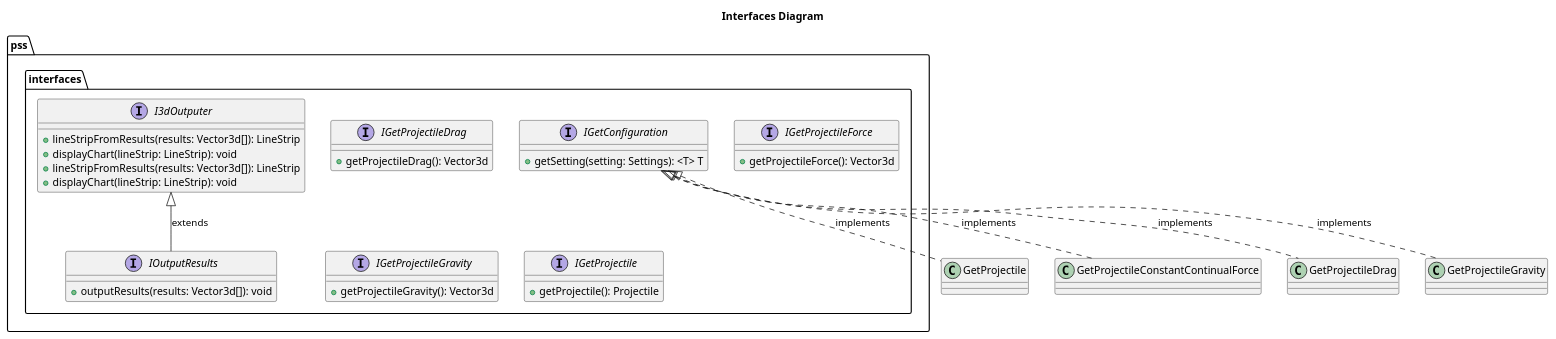
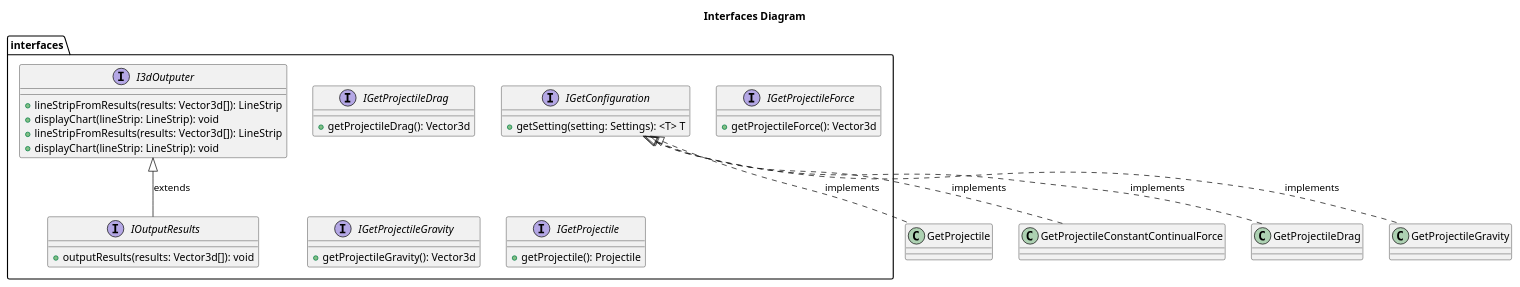
One commit to katanallama/projectile-simulation-suite changed the first of 8 diagrams in docs/res/design.org. Above: the diagram before and after it, drawn with PlantUML. The commit also changed other lines of this file and 5 other files, not shown here.

Commit message:
clean up class diagrams

```diff
--- a/docs/res/design.org
+++ b/docs/res/design.org
@@ -23,48 +23,48 @@
 #+begin_src plantuml :file interfaces.png
 @startuml
 title Interfaces Diagram
 
-package pss.interfaces {
+package interfaces {
     interface "I3dOutputer" as I3dOutputer {
         +lineStripFromResults(results: Vector3d[]): LineStrip
         +displayChart(lineStrip: LineStrip): void
     }
 
     interface "IGetConfiguration" as IGetConfiguration {
         +getSetting(setting: Settings): <T> T
     }
 
     interface "IGetProjectileDrag" as IGetProjectileDrag {
         +getProjectileDrag(): Vector3d
     }
 
     interface "IGetProjectileForce" as IGetProjectileForce {
         +getProjectileForce(): Vector3d
     }
 
     interface "IGetProjectileGravity" as IGetProjectileGravity {
         +getProjectileGravity(): Vector3d
     }
 
     interface "IGetProjectile" as IGetProjectile {
         +getProjectile(): Projectile
     }
 
     interface "IOutputResults" as IOutputResults {
         +outputResults(results: Vector3d[]): void
     }
 
     interface "I3dOutputer" as I3dOutputer {
         +lineStripFromResults(results: Vector3d[]): LineStrip
         +displayChart(lineStrip: LineStrip): void
     }
 }
 
 I3dOutputer <|-- IOutputResults: extends
 IGetConfiguration <|.. GetProjectile: implements
 IGetConfiguration <|.. GetProjectileConstantContinualForce: implements
 IGetConfiguration <|.. GetProjectileDrag: implements
 IGetConfiguration <|.. GetProjectileGravity: implements
 
 @enduml
 #+end_src
```
